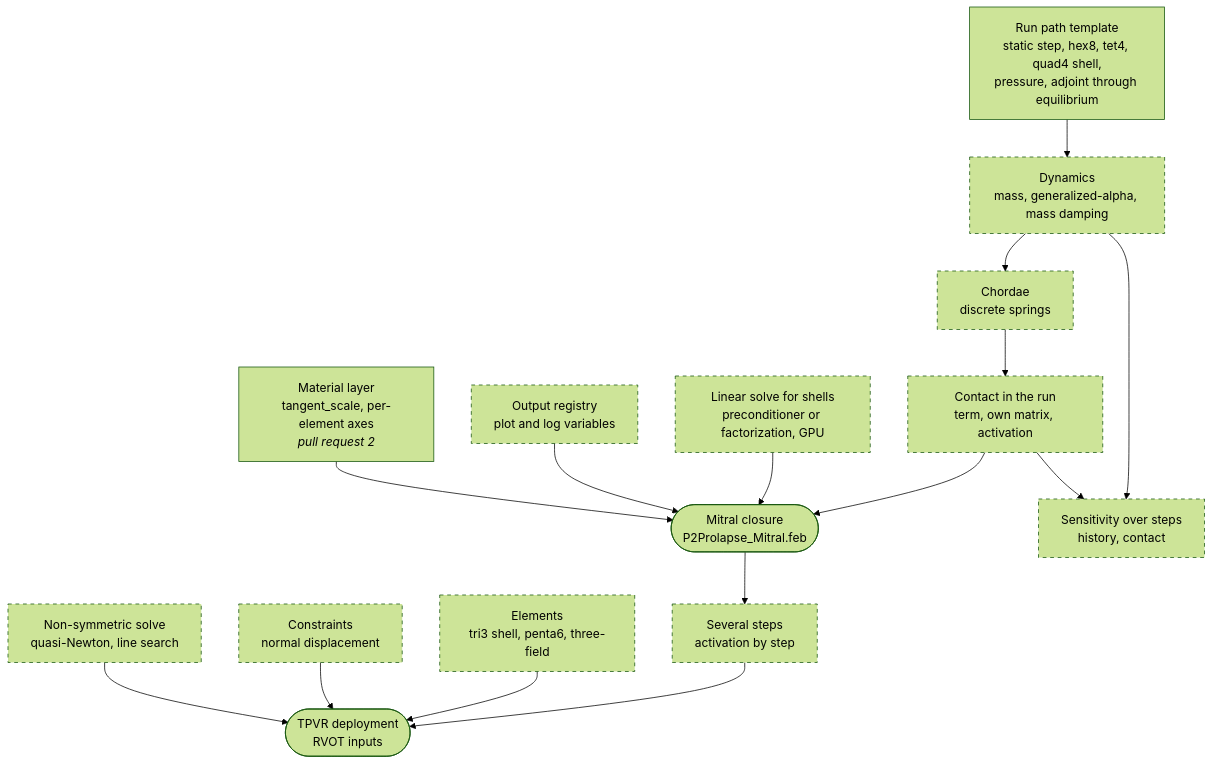
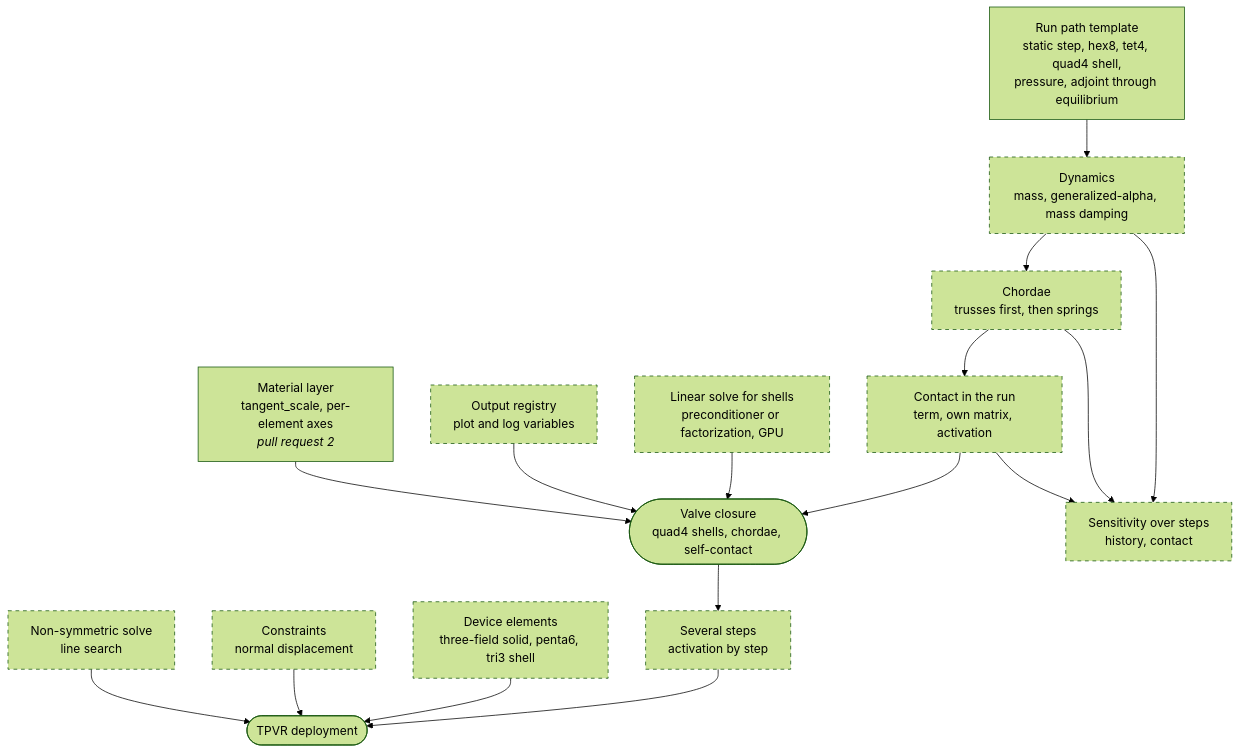
One commit to JolleyLab/FEBio-Warp-Python changed the diagram in docs/design/remaining_areas.md. Above: the diagram before and after it, drawn with Mermaid (forest theme). The commit also changed other lines of this file and 12 other files, not shown here.

First line of the commit message:
Design notes: trusses first, suite-first testing, decision points

````diff
--- a/docs/design/remaining_areas.md
+++ b/docs/design/remaining_areas.md
@@ -38,35 +49,36 @@
 ```mermaid
 flowchart TB
     have["Run path template<br/>static step, hex8, tet4, quad4 shell,<br/>pressure, adjoint through equilibrium"]
 
     dyn["Dynamics<br/>mass, generalized-alpha, mass damping"]:::todo
-    spr["Chordae<br/>discrete springs"]:::todo
+    chd["Chordae<br/>trusses first, then springs"]:::todo
     con["Contact in the run<br/>term, own matrix, activation"]:::todo
     lin["Linear solve for shells<br/>preconditioner or factorization, GPU"]:::todo
     out["Output registry<br/>plot and log variables"]:::todo
     mat["Material layer<br/>tangent_scale, per-element axes<br/><i>pull request 2</i>"]
 
-    mitral(["Mitral closure<br/>P2Prolapse_Mitral.feb"])
+    valve(["Valve closure<br/>quad4 shells, chordae, self-contact"])
 
     steps["Several steps<br/>activation by step"]:::todo
-    elem["Elements<br/>tri3 shell, penta6, three-field"]:::todo
+    elem["Device elements<br/>three-field solid, penta6, tri3 shell"]:::todo
     cons["Constraints<br/>normal displacement"]:::todo
-    nsym["Non-symmetric solve<br/>quasi-Newton, line search"]:::todo
+    nsym["Non-symmetric solve<br/>line search"]:::todo
 
-    tpvr(["TPVR deployment<br/>RVOT inputs"])
+    tpvr(["TPVR deployment"])
 
     sens["Sensitivity over steps<br/>history, contact"]:::todo
 
-    have --> dyn --> spr --> con --> mitral
-    lin --> mitral
-    out --> mitral
-    mat --> mitral
-    mitral --> steps --> tpvr
+    have --> dyn --> chd --> con --> valve
+    lin --> valve
+    out --> valve
+    mat --> valve
+    valve --> steps --> tpvr
     elem --> tpvr
     cons --> tpvr
     nsym --> tpvr
     dyn --> sens
+    chd --> sens
     con --> sens
 
     classDef todo stroke-dasharray: 5 5
 ```
````
